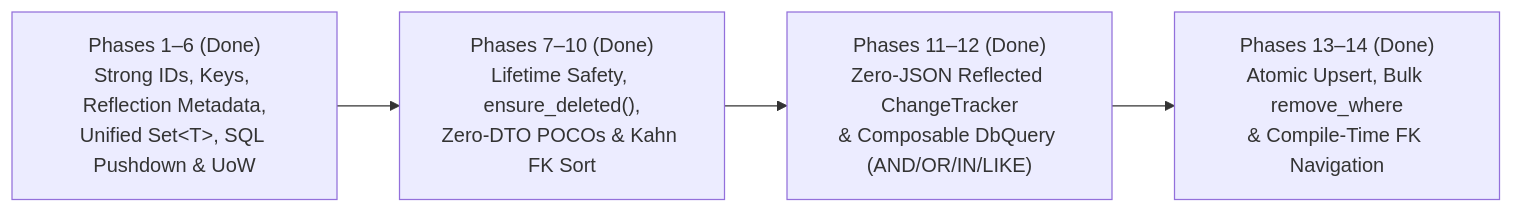
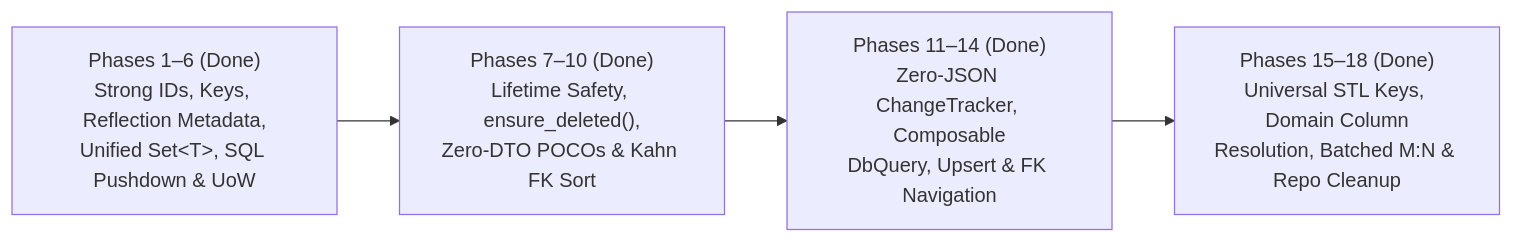
The first of 2 diagrams in readme4.md (mythrz/CodeFirstCppDB_sqlgen), drawn with Mermaid before and after one commit. The commit also changed other lines of this file, not shown here.

````diff
--- a/readme4.md
+++ b/readme4.md
@@ -252,6 +252,6 @@
 ```mermaid
 flowchart LR
     P16["Phases 1–6 (Done)<br/>Strong IDs, Keys, Reflection Metadata,<br/>Unified Set&lt;T&gt;, SQL Pushdown &amp; UoW"] --> P710["Phases 7–10 (Done)<br/>Lifetime Safety, ensure_deleted(),<br/>Zero-DTO POCOs &amp; Kahn FK Sort"]
-    P710 --> P1112["Phases 11–12 (Done)<br/>Zero-JSON Reflected ChangeTracker<br/>&amp; Composable DbQuery (AND/OR/IN/LIKE)"]
-    P1112 --> P1314["Phases 13–14 (Done)<br/>Atomic Upsert, Bulk remove_where<br/>&amp; Compile-Time FK Navigation"]
+    P710 --> P1114["Phases 11–14 (Done)<br/>Zero-JSON ChangeTracker, Composable<br/>DbQuery, Upsert &amp; FK Navigation"]
+    P1114 --> P1518["Phases 15–18 (Done)<br/>Universal STL Keys, Domain Column<br/>Resolution, Batched M:N &amp; Repo Cleanup"]
 ```
````
